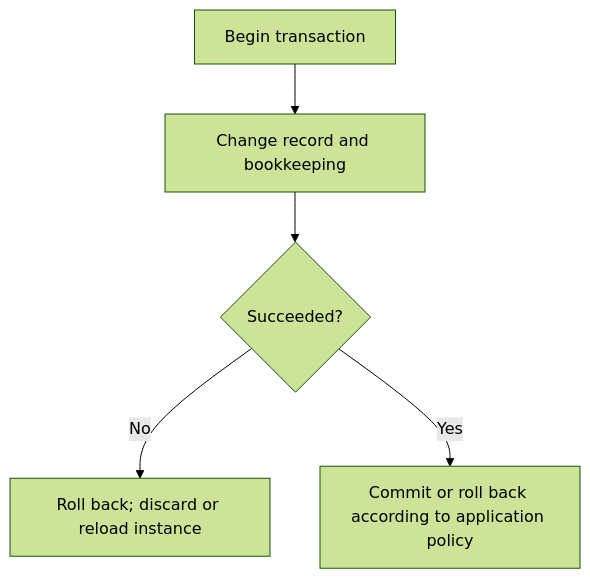
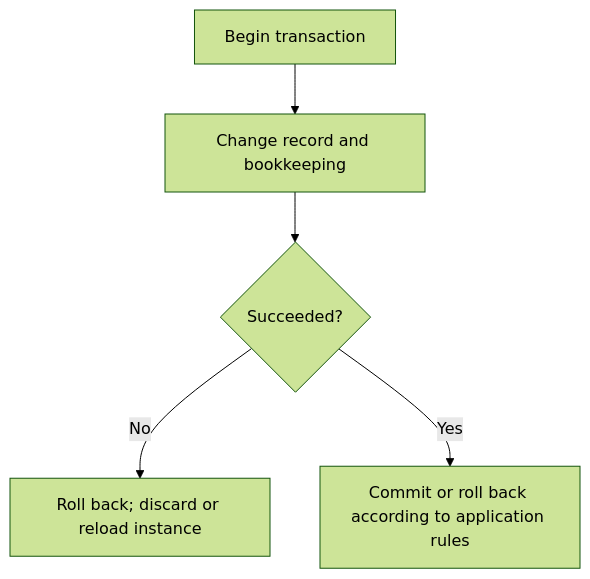
The first of 2 diagrams in user-stories/integration/us-app-11-transaction.md (Kevinjohn/oss-adonisjs-lucid-soft-delete), drawn with Mermaid (forest theme) before and after one commit. The commit also changed 9 other files, not shown here.

````diff
--- a/user-stories/integration/us-app-11-transaction.md
+++ b/user-stories/integration/us-app-11-transaction.md
@@ -19,6 +19,6 @@
 ```mermaid
 flowchart TD
     A["Begin transaction"] --> B["Change record and bookkeeping"] --> C{"Succeeded?"}
     C -->|No| D["Roll back; discard or reload instance"]
-    C -->|Yes| E["Commit or roll back according to application policy"]
+    C -->|Yes| E["Commit or roll back according to application rules"]
 ```
````
